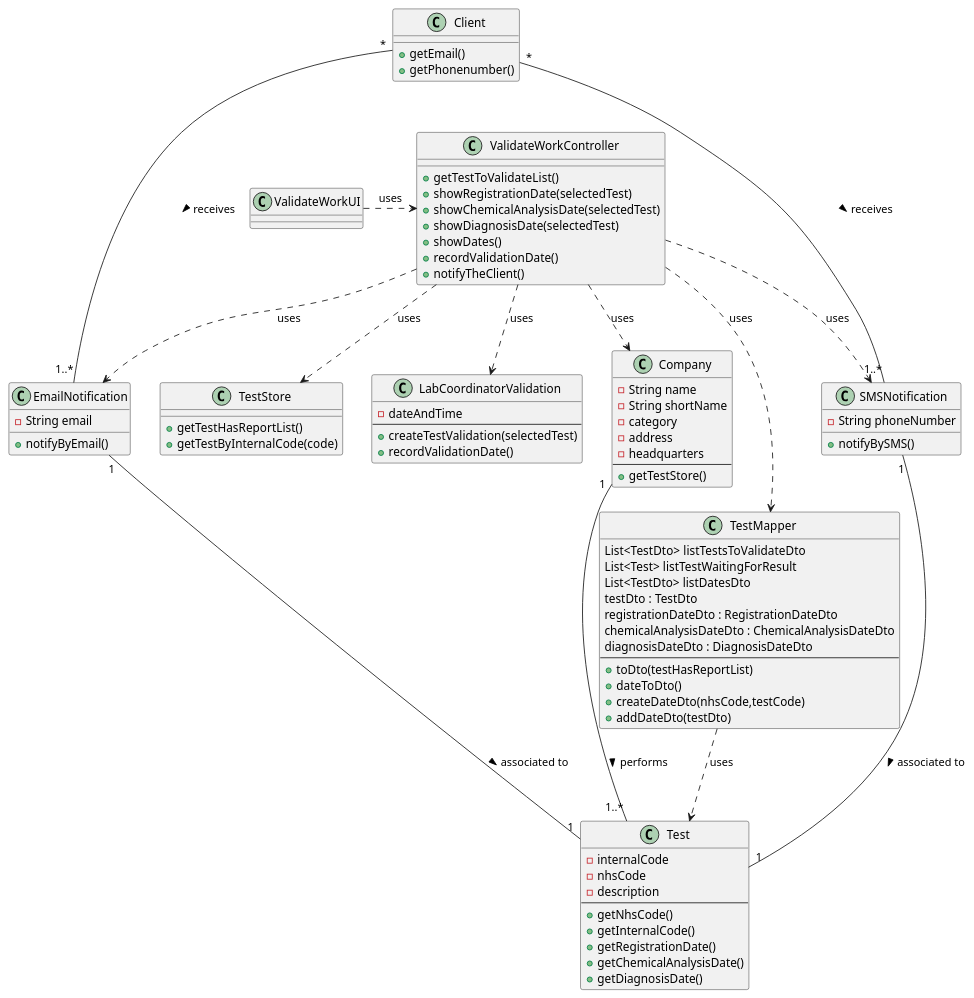
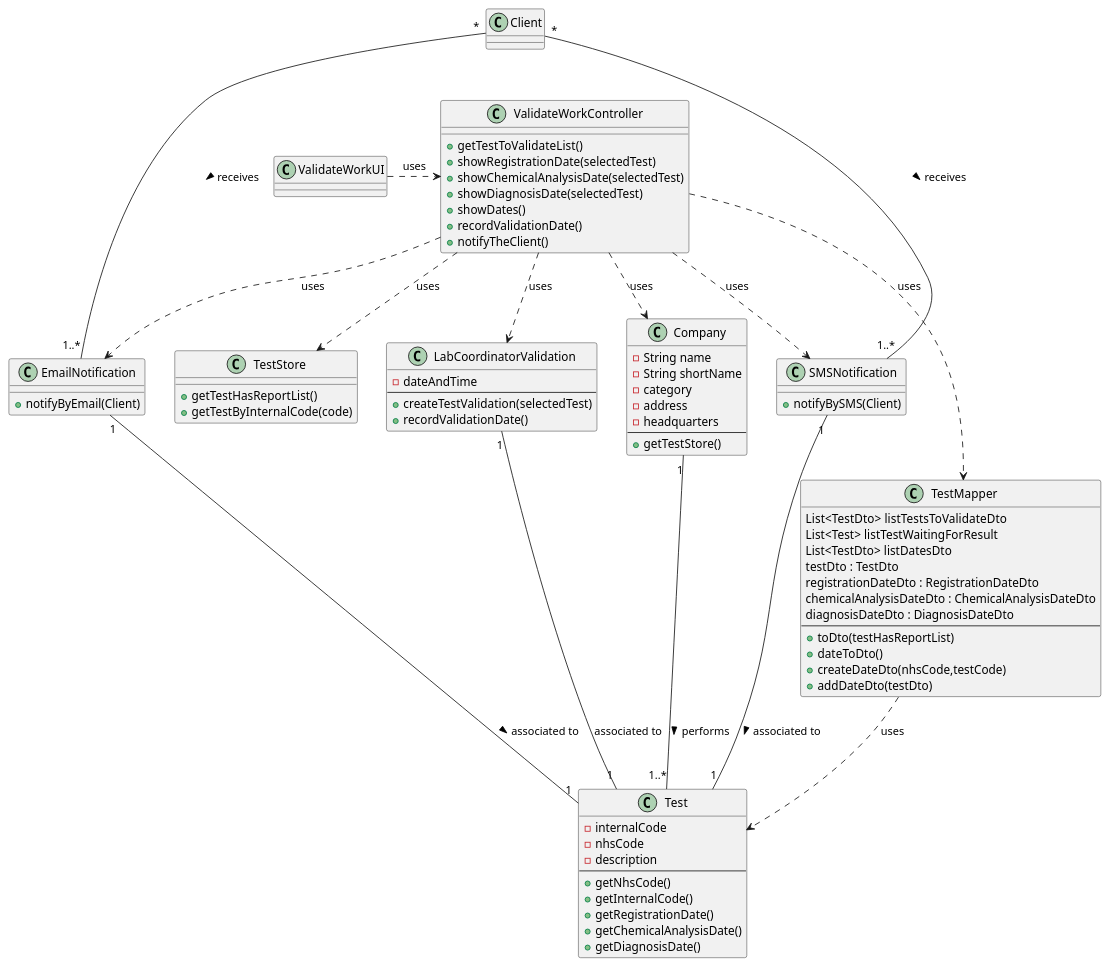
One commit to manu-07-ela/LAPR2_ISEP changed the diagram in docs/SprintC/US15/US15_CD.puml. Above: the diagram before and after it, drawn with PlantUML. The commit also changed 3 other files, not shown here.

```diff
--- a/docs/SprintC/US15/US15_CD.puml
+++ b/docs/SprintC/US15/US15_CD.puml
@@ -1,103 +1,101 @@
 @startuml
 
 class ValidateWorkUI{
 }
 
 class ValidateWorkController{
 +getTestToValidateList()
 +showRegistrationDate(selectedTest)
 +showChemicalAnalysisDate(selectedTest)
 +showDiagnosisDate(selectedTest)
 +showDates()
 +recordValidationDate()
 +notifyTheClient()
 }
 
 class Company{
 -String name
 -String shortName
 -category
 -address
 -headquarters
 --
 +getTestStore()
 }
 
 class TestStore {
 +getTestHasReportList()
 +getTestByInternalCode(code)
 }
 
 class TestMapper{
 List<TestDto> listTestsToValidateDto
 List<Test> listTestWaitingForResult
 List<TestDto> listDatesDto
 testDto : TestDto
 registrationDateDto : RegistrationDateDto
 chemicalAnalysisDateDto : ChemicalAnalysisDateDto
 diagnosisDateDto : DiagnosisDateDto
 --
 +toDto(testHasReportList)
 +dateToDto()
 +createDateDto(nhsCode,testCode)
 +addDateDto(testDto)
 }
 
 
 class LabCoordinatorValidation {
 -dateAndTime
 --
 +createTestValidation(selectedTest)
 +recordValidationDate()
 }
 
 class Test{
 -internalCode
 -nhsCode
 -description
 --
 +getNhsCode()
 +getInternalCode()
 +getRegistrationDate()
 +getChemicalAnalysisDate()
 +getDiagnosisDate()
 }
 
 class EmailNotification{
--String email
-+notifyByEmail()
++notifyByEmail(Client)
 }
 
 class SMSNotification{
--String phoneNumber
-+notifyBySMS()
++notifyBySMS(Client)
 }
 
 class Client{
-+getEmail()
-+getPhonenumber()
 }
 
 
 ValidateWorkUI .> ValidateWorkController : uses
 
 ValidateWorkController ..> Company : uses
 ValidateWorkController ..> TestStore : uses
 ValidateWorkController ..> TestMapper : uses
 ValidateWorkController ..> LabCoordinatorValidation : uses
 ValidateWorkController ..> EmailNotification : uses
 ValidateWorkController ..> SMSNotification : uses
 
 Company "1"---"1..*" Test : performs >
 
+LabCoordinatorValidation "1"---"1" Test : associated to
+
 TestMapper ..> Test : uses
 
 EmailNotification "1"---"1" Test : associated to >
 
 SMSNotification "1"---"1" Test : associated to >
 
 Client "*"---"1..*" SMSNotification : receives >
 Client "*"---"1..*" EmailNotification : receives >
 
 
 @enduml
```
